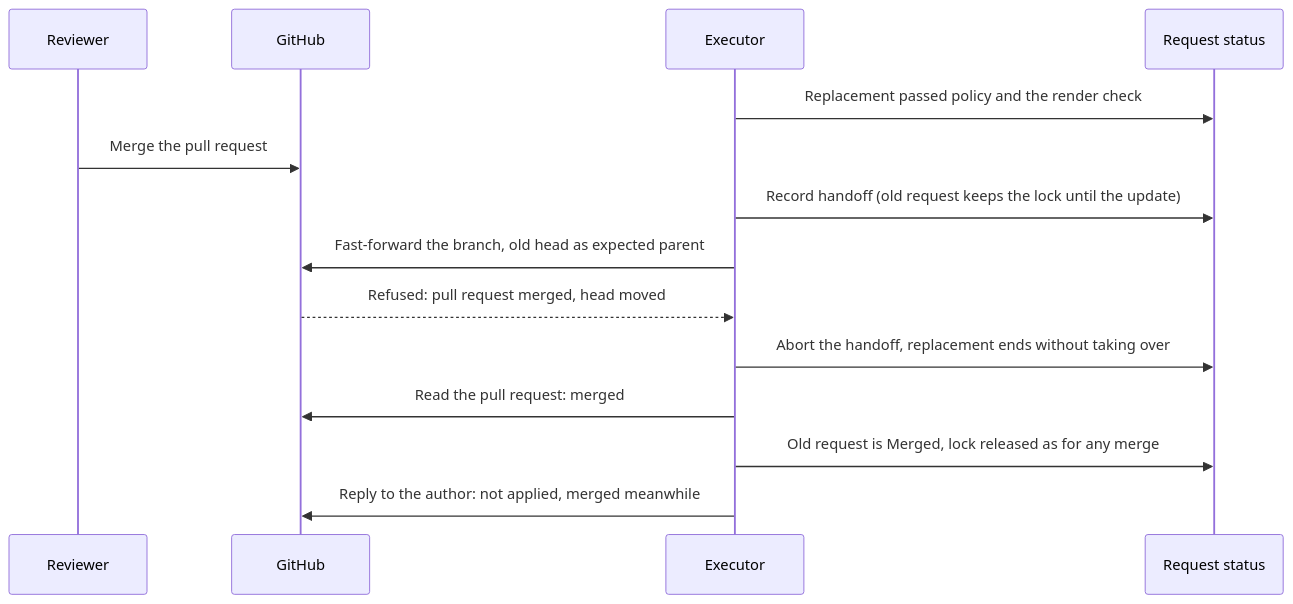
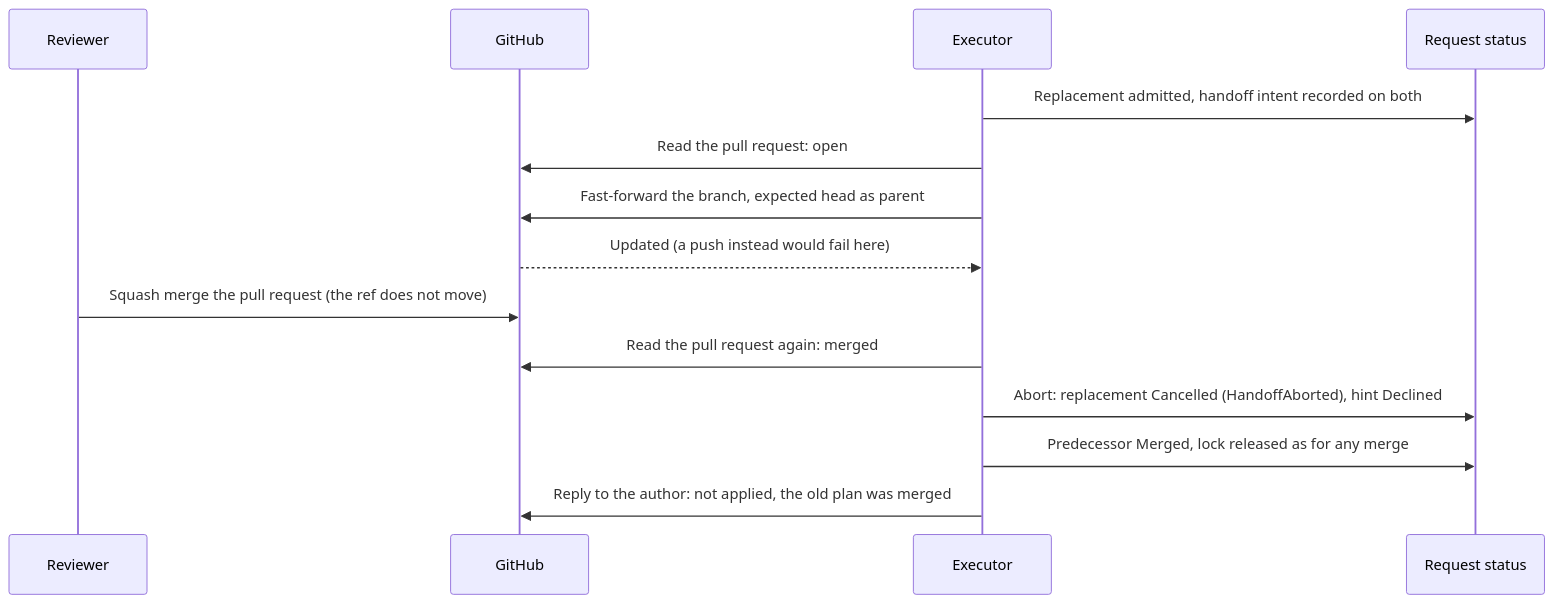
The second of 3 diagrams in docs/adr/0028-reviewer-hints-through-the-pull-request.md (pkalin/shadewright), drawn with Mermaid before and after one commit. The commit also changed other lines of this file and 8 other files, not shown here.

First line of the commit message:
docs(adr): add the merge gate, a recoverable handoff and the review fixes to ADR-0028

````diff
--- a/docs/adr/0028-reviewer-hints-through-the-pull-request.md
+++ b/docs/adr/0028-reviewer-hints-through-the-pull-request.md
@@ -131,16 +159,16 @@
 ```mermaid
 sequenceDiagram
     participant R as Reviewer
     participant G as GitHub
     participant E as Executor
     participant S as Request status
-    E->>S: Replacement passed policy and the render check
-    R->>G: Merge the pull request
-    E->>S: Record handoff (old request keeps the lock until the update)
-    E->>G: Fast-forward the branch, old head as expected parent
-    G-->>E: Refused: pull request merged, head moved
-    E->>S: Abort the handoff, replacement ends without taking over
-    E->>G: Read the pull request: merged
-    E->>S: Old request is Merged, lock released as for any merge
-    E->>G: Reply to the author: not applied, merged meanwhile
+    E->>S: Replacement admitted, handoff intent recorded on both
+    E->>G: Read the pull request: open
+    E->>G: Fast-forward the branch, expected head as parent
+    G-->>E: Updated (a push instead would fail here)
+    R->>G: Squash merge the pull request (the ref does not move)
+    E->>G: Read the pull request again: merged
+    E->>S: Abort: replacement Cancelled (HandoffAborted), hint Declined
+    E->>S: Predecessor Merged, lock released as for any merge
+    E->>G: Reply to the author: not applied, the old plan was merged
 ```
````
